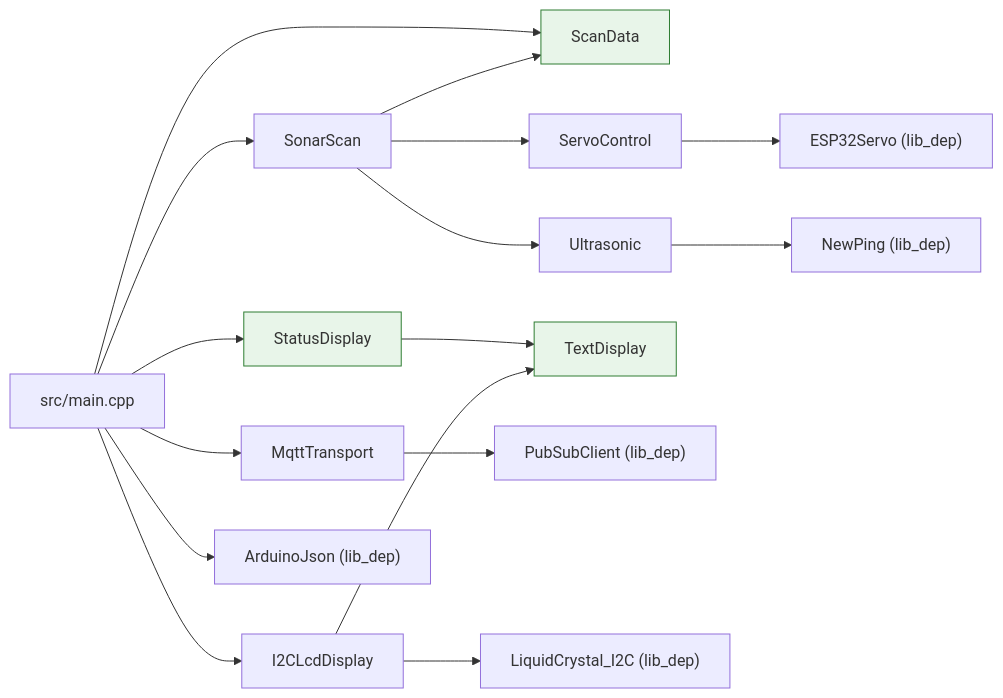
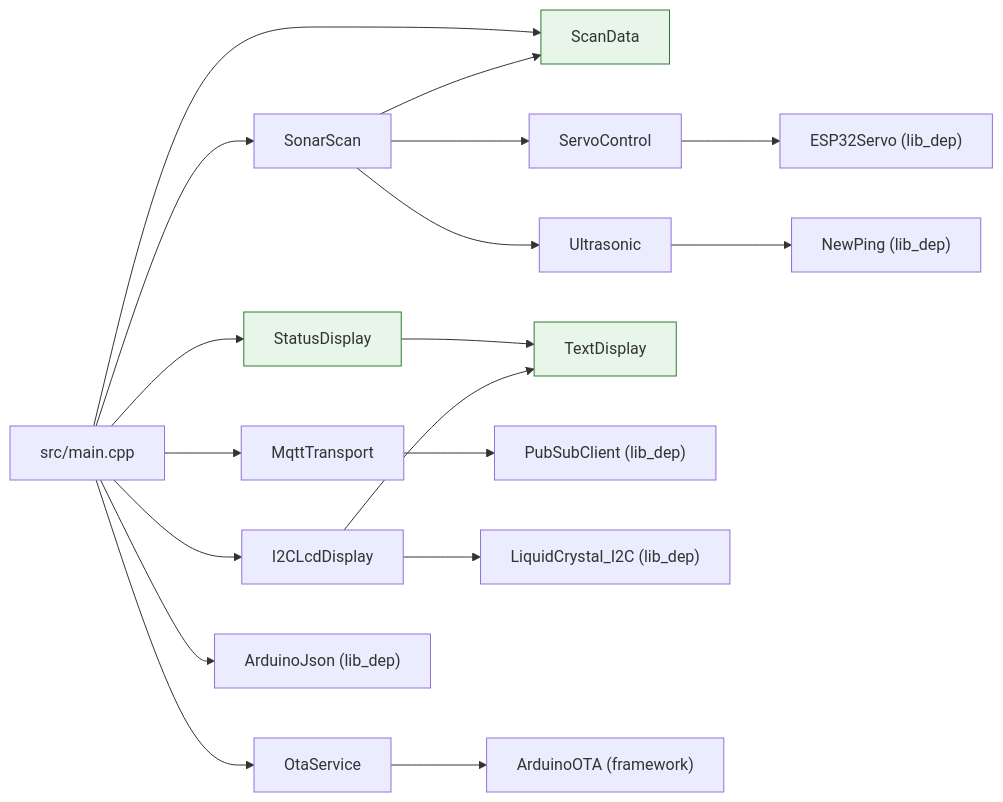
The diagram in docs/developer/modules.md (Elismar13/thushimas-car), drawn with Mermaid before and after one commit. The commit also changed other lines of this file and 11 other files, not shown here.

````diff
--- a/docs/developer/modules.md
+++ b/docs/developer/modules.md
@@ -13,24 +13,26 @@
 ```mermaid
 graph LR
     main["src/main.cpp"] --> mqtt["MqttTransport"]
     main --> scan["SonarScan"]
     main --> lcd["I2CLcdDisplay"]
     main --> disp["StatusDisplay"]
     main --> sd["ScanData"]
+    main --> ota["OtaService"]
 
     scan --> sd
     scan --> servoc["ServoControl"]
     scan --> us["Ultrasonic"]
 
     disp --> txt["TextDisplay"]
     lcd --> txt
 
     servoc --> ext1["ESP32Servo (lib_dep)"]
     us --> ext2["NewPing (lib_dep)"]
     mqtt --> ext3["PubSubClient (lib_dep)"]
     main --> ext4["ArduinoJson (lib_dep)"]
     lcd --> ext5["LiquidCrystal_I2C (lib_dep)"]
+    ota --> ext6["ArduinoOTA (framework)"]
 
     classDef pure fill:#e8f5e9,stroke:#2e7d32
     class sd,disp,txt pure
 ```
````
